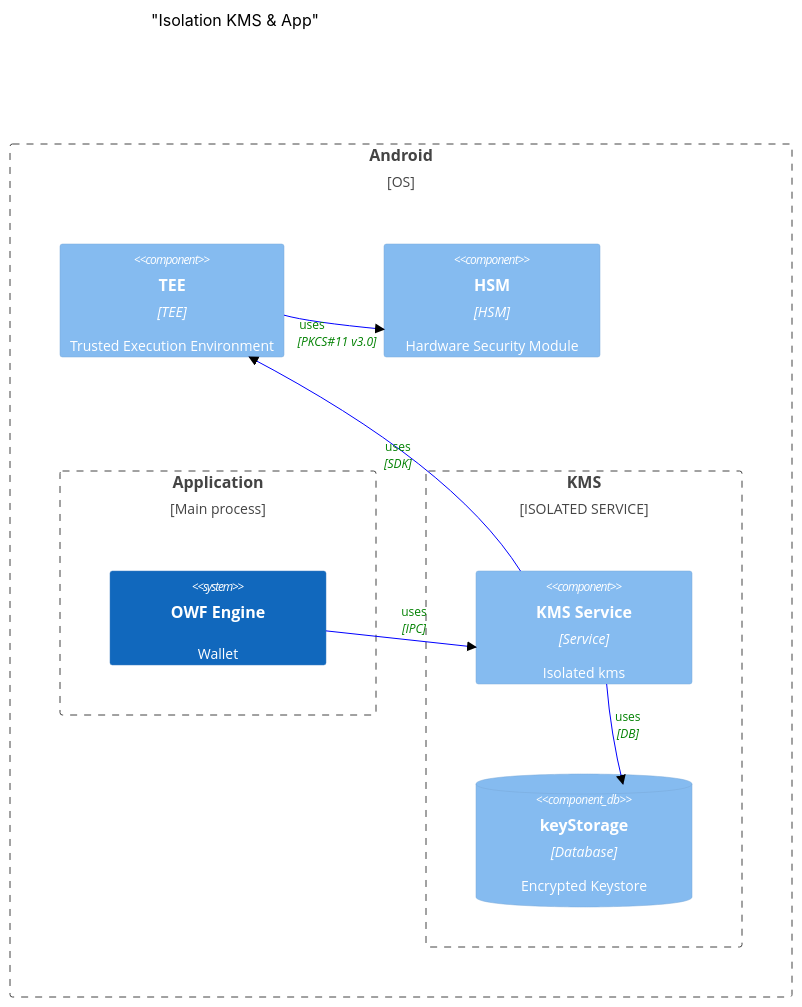
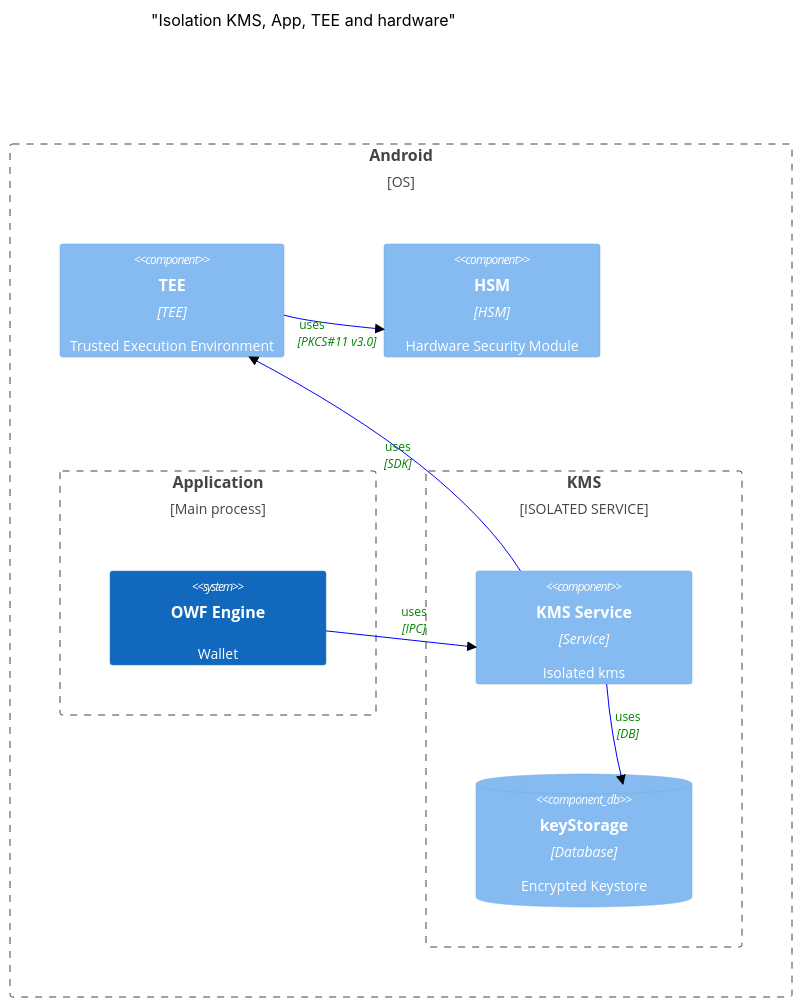
One commit to openwallet-foundation/architecture-sig changed the fourth of 4 diagrams in docs/architecture/key-management-services.md. Above: the diagram before and after it, drawn with Mermaid (forest theme). The commit also changed other lines of this file, not shown here.

````diff
--- a/docs/architecture/key-management-services.md
+++ b/docs/architecture/key-management-services.md
@@ -200,29 +211,29 @@
 ```mermaid
     C4Context
-        title "Isolation KMS & App"
+        title "Isolation KMS, App, TEE and hardware"
             Boundary(b0, "Android", "OS") {
             
                 Boundary(b1, "Application", "Main process") {
                     System(ow, "OWF Engine", "Wallet")
                 }
                 
                 Boundary(b2, "KMS", "ISOLATED SERVICE") {
                     Component(ipcClientHandler, "KMS Service", "Service", "Isolated kms")
                     ComponentDb(kmsDb, "keyStorage", "Database","Encrypted Keystore")
                 }
                 
                 Component(tee, "TEE", "TEE","Trusted Execution Environment")
                 Component(hsm, "HSM", "HSM","Hardware Security Module")
 
                 Rel(ow, ipcClientHandler, "uses", "IPC")
                 Rel(ipcClientHandler, tee, "uses", "SDK")
                 Rel(tee, hsm, "uses", "PKCS#11 v3.0")
                 Rel(ipcClientHandler, kmsDb, "uses", "DB")
             }
 
         UpdateRelStyle(ow, ipcClientHandler, $textColor="green", $lineColor="blue", $offsetY="-30")
         UpdateRelStyle(ipcClientHandler, tee, $textColor="green", $lineColor="blue", $offsetY="-20")
         UpdateRelStyle(tee, hsm, $textColor="green", $lineColor="blue", $offsetX="-35")
         UpdateRelStyle(ipcClientHandler, kmsDb, $textColor="green", $lineColor="blue", $offsetY="-20")
         UpdateLayoutConfig($c4ShapeInRow="3", $c4BoundaryInRow="2")
 ```
````
